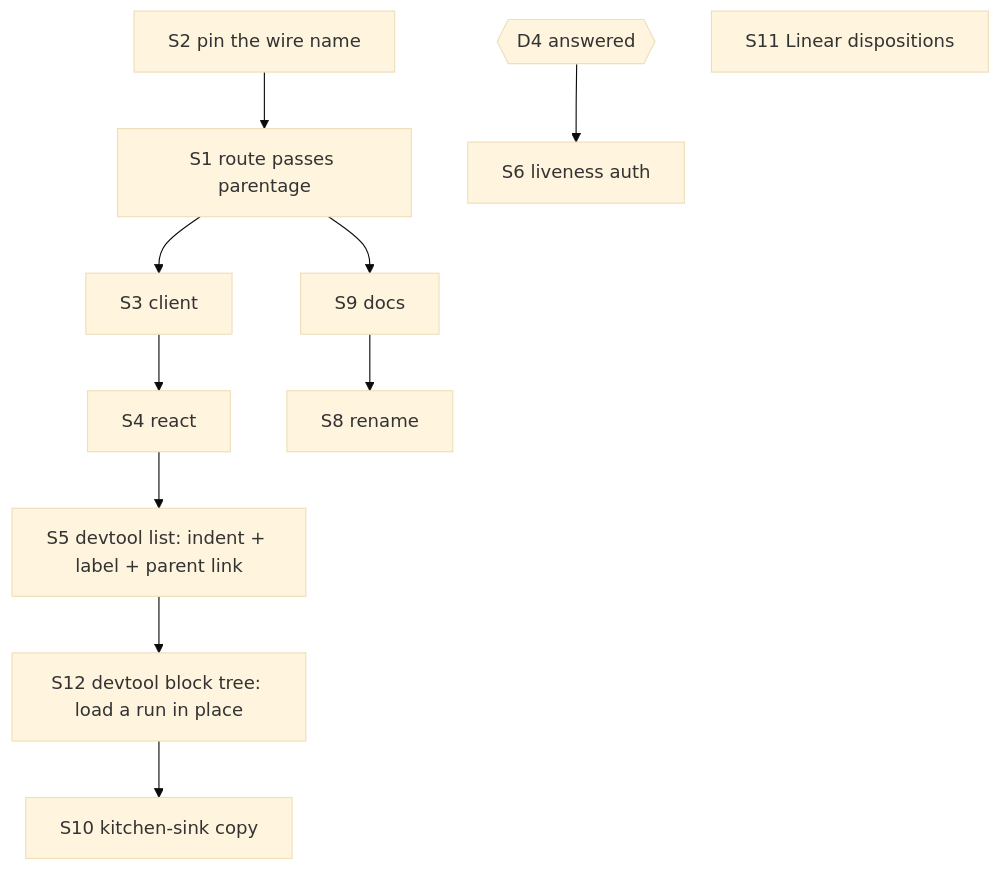
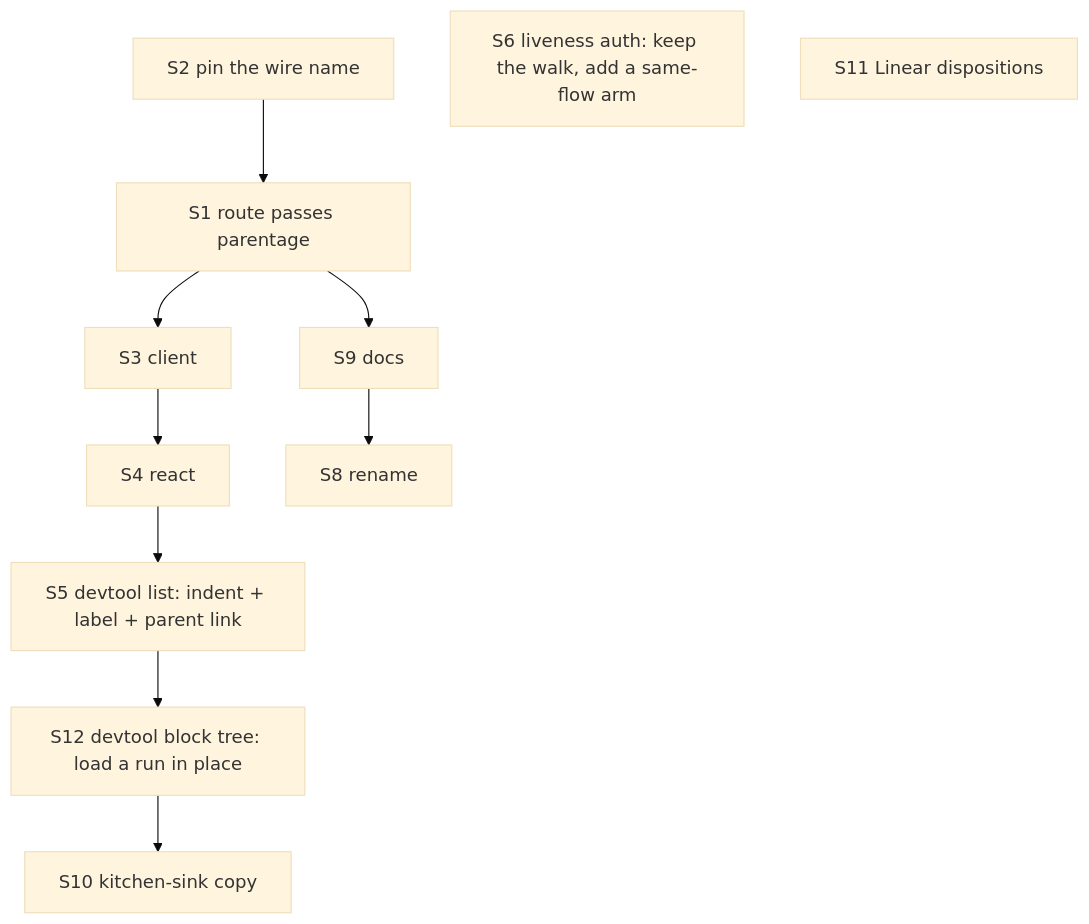
Before and after one commit to fixpoint-labs/flow-state-dev: the diagram in spec/FIX-1440/PLAN.md, drawn with Mermaid (base theme). The commit also changed other lines of this file and 3 other files, not shown here.

````diff
--- a/spec/FIX-1440/PLAN.md
+++ b/spec/FIX-1440/PLAN.md
@@ -38,13 +38,13 @@
 ```mermaid
 flowchart TD
   S2[S2 pin the wire name] --> S1[S1 route passes parentage]
   S1 --> S3[S3 client]
   S3 --> S4[S4 react]
   S4 --> S5[S5 devtool list: indent + label + parent link]
   S5 --> S12[S12 devtool block tree: load a run in place]
   S12 --> S10[S10 kitchen-sink copy]
   S1 --> S9[S9 docs]
   S9 --> S8[S8 rename]
-  D4{{D4 answered}} --> S6[S6 liveness auth]
+  S6[S6 liveness auth: keep the walk, add a same-flow arm]
   S11[S11 Linear dispositions]
 ```
````
